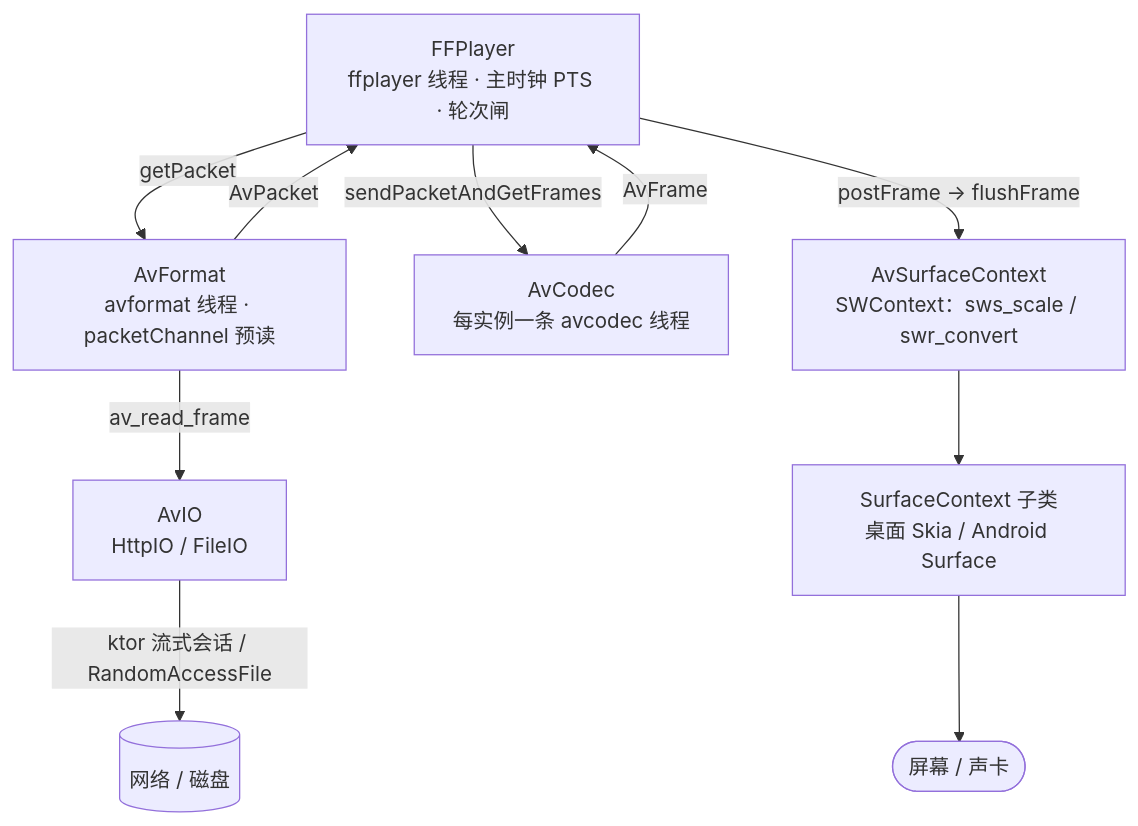
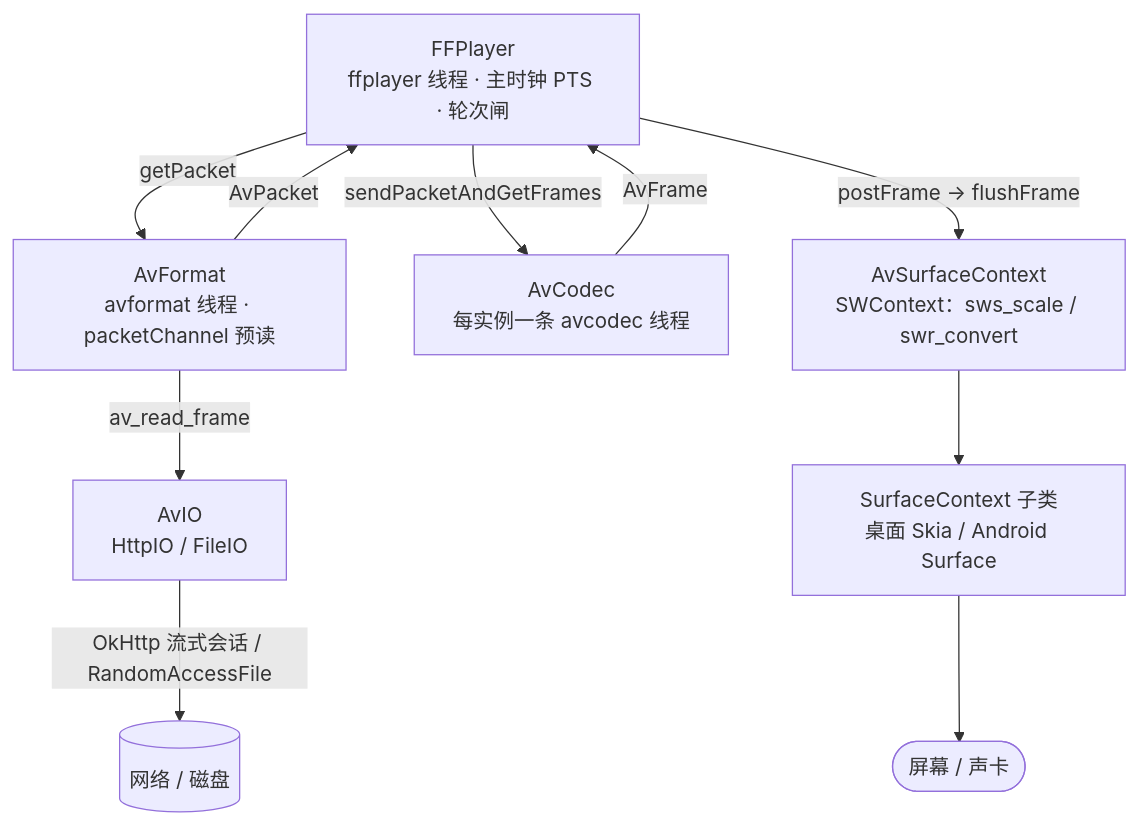
One commit to ekibun/ACG changed the sixth of 6 diagrams in docs/architecture.md. Above: the diagram before and after it, drawn with Mermaid. The commit also changed other lines of this file and 34 other files, not shown here.

````diff
--- a/docs/architecture.md
+++ b/docs/architecture.md
@@ -364,12 +360,12 @@
 ```mermaid
 flowchart TD
     FP["FFPlayer<br/>ffplayer 线程 · 主时钟 PTS · 轮次闸"] -->|getPacket| AF["AvFormat<br/>avformat 线程 · packetChannel 预读"]
     AF -->|av_read_frame| IO["AvIO<br/>HttpIO / FileIO"]
-    IO -->|ktor 流式会话 / RandomAccessFile| EXT[(网络 / 磁盘)]
+    IO -->|OkHttp 流式会话 / RandomAccessFile| EXT[(网络 / 磁盘)]
     AF -->|AvPacket| FP
     FP -->|sendPacketAndGetFrames| CODEC["AvCodec<br/>每实例一条 avcodec 线程"]
     CODEC -->|AvFrame| FP
     FP -->|postFrame → flushFrame| SC["AvSurfaceContext<br/>SWContext：sws_scale / swr_convert"]
     SC --> VS["SurfaceContext 子类<br/>桌面 Skia / Android Surface"]
     VS --> SCR([屏幕 / 声卡])
 ```
````
